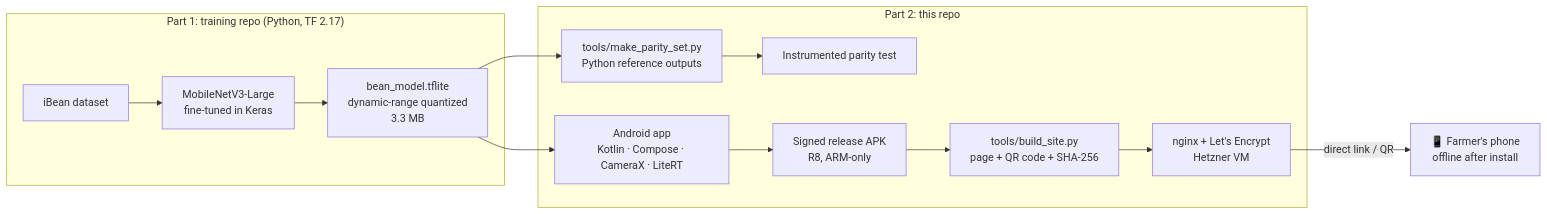
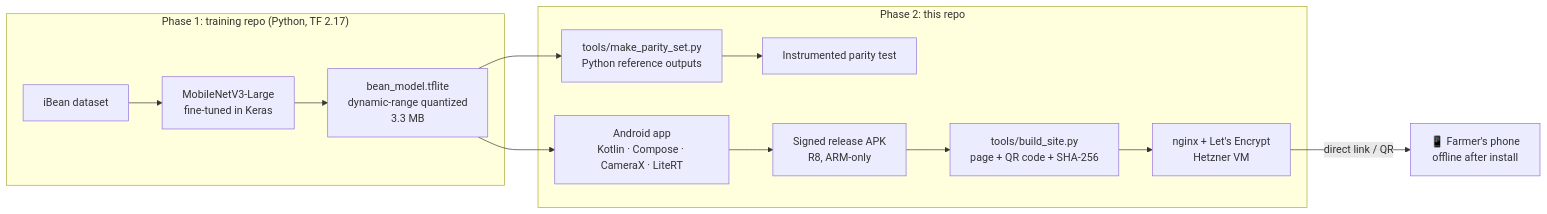
The first of 2 diagrams in README.md (majeedar/Bean-Disease-Classification-Android-Deployment), drawn with Mermaid before and after one commit. The commit also changed other lines of this file, not shown here.

Commit message:
README: mark as Phase 2 of the project

````diff
--- a/README.md
+++ b/README.md
@@ -68,16 +68,16 @@
 ```mermaid
 flowchart LR
-    subgraph Training["Part 1: training repo (Python, TF 2.17)"]
+    subgraph Training["Phase 1: training repo (Python, TF 2.17)"]
         D[iBean dataset] --> K[MobileNetV3-Large<br/>fine-tuned in Keras]
         K --> T[bean_model.tflite<br/>dynamic-range quantized<br/>3.3 MB]
     end
-    subgraph Deploy["Part 2: this repo"]
+    subgraph Deploy["Phase 2: this repo"]
         T --> P[tools/make_parity_set.py<br/>Python reference outputs]
         T --> A[Android app<br/>Kotlin · Compose · CameraX · LiteRT]
         P --> PT[Instrumented parity test]
         A --> R[Signed release APK<br/>R8, ARM-only]
         R --> S[tools/build_site.py<br/>page + QR code + SHA-256]
         S --> N[nginx + Let's Encrypt<br/>Hetzner VM]
     end
     N -->|direct link / QR| F[📱 Farmer's phone<br/>offline after install]
 ```
````
